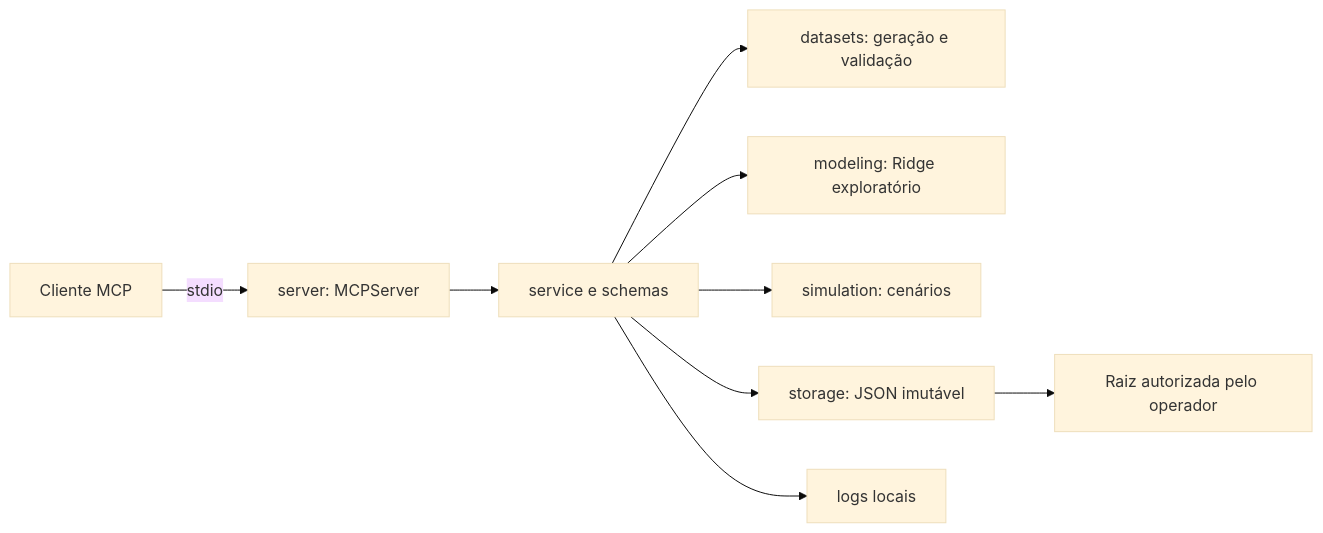
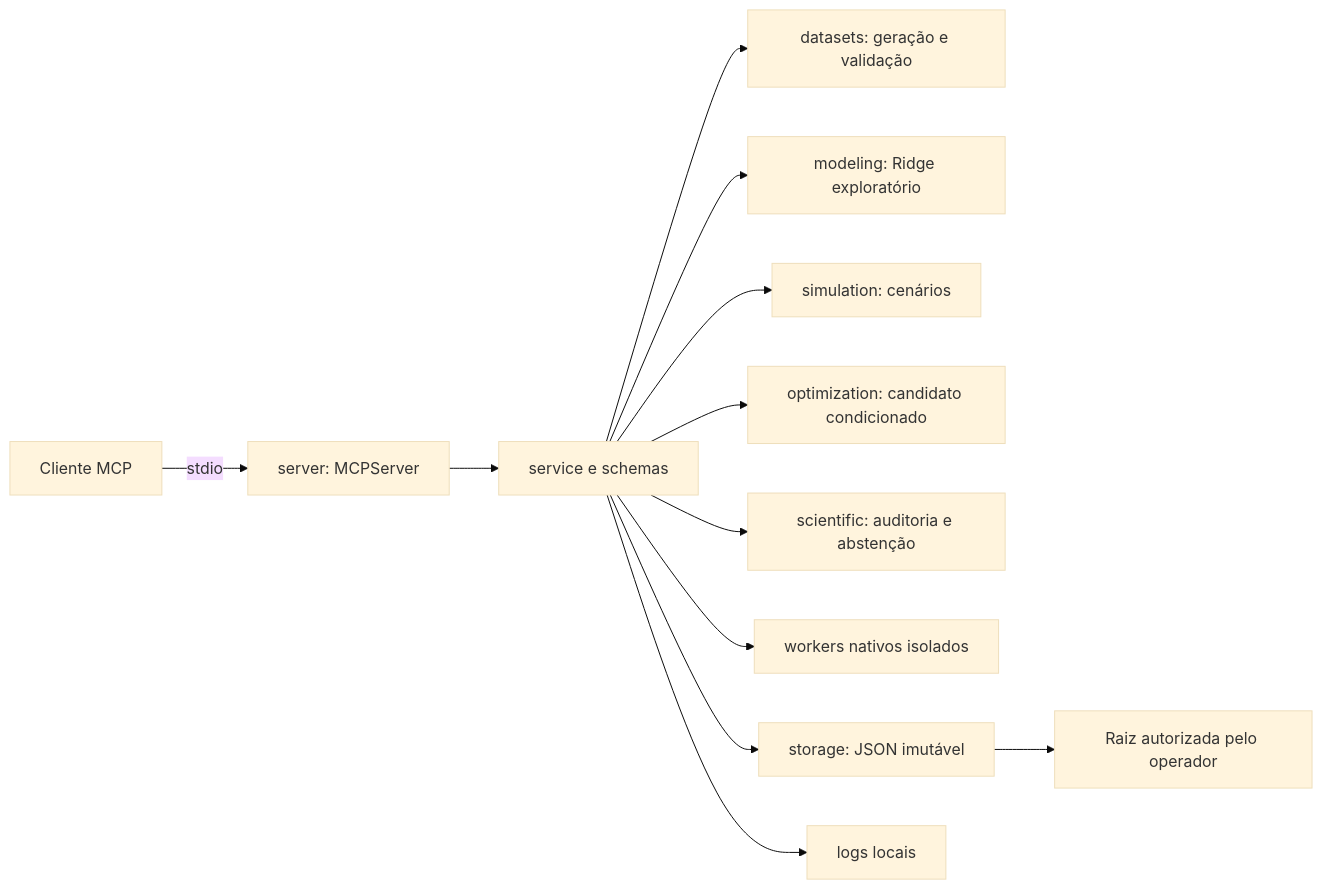
Before and after one commit to matheusfrote/mmm-intelligence-mcp: the diagram in docs/architecture.md, drawn with Mermaid (base theme). The commit also changed other lines of this file and 4 other files, not shown here.

````diff
--- a/docs/architecture.md
+++ b/docs/architecture.md
@@ -5,11 +5,14 @@
 ```mermaid
 flowchart LR
     C[Cliente MCP] -->|stdio| S[server: MCPServer]
     S --> A[service e schemas]
     A --> D[datasets: geração e validação]
     A --> M[modeling: Ridge exploratório]
     A --> F[simulation: cenários]
+    A --> O[optimization: candidato condicionado]
+    A --> Q[scientific: auditoria e abstenção]
+    A --> W[workers nativos isolados]
     A --> P[storage: JSON imutável]
     A --> L[logs locais]
     P --> R[Raiz autorizada pelo operador]
 ```
````
